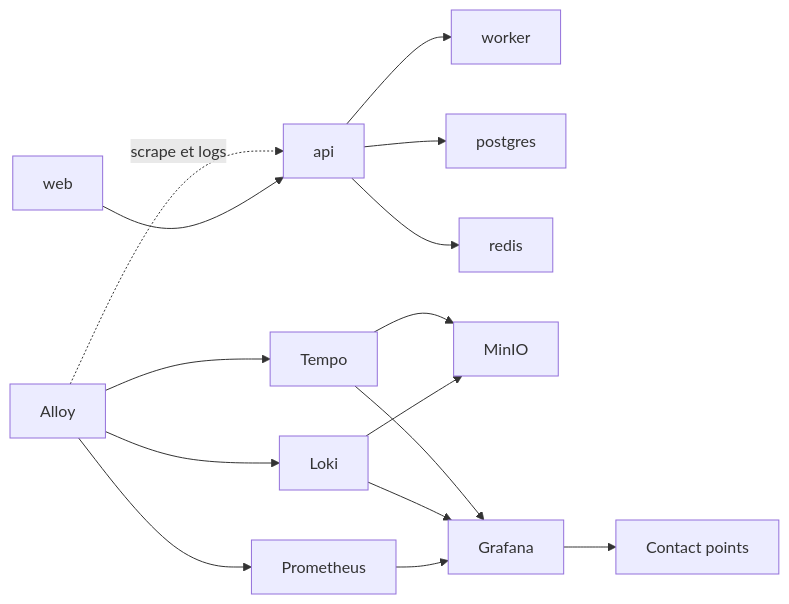
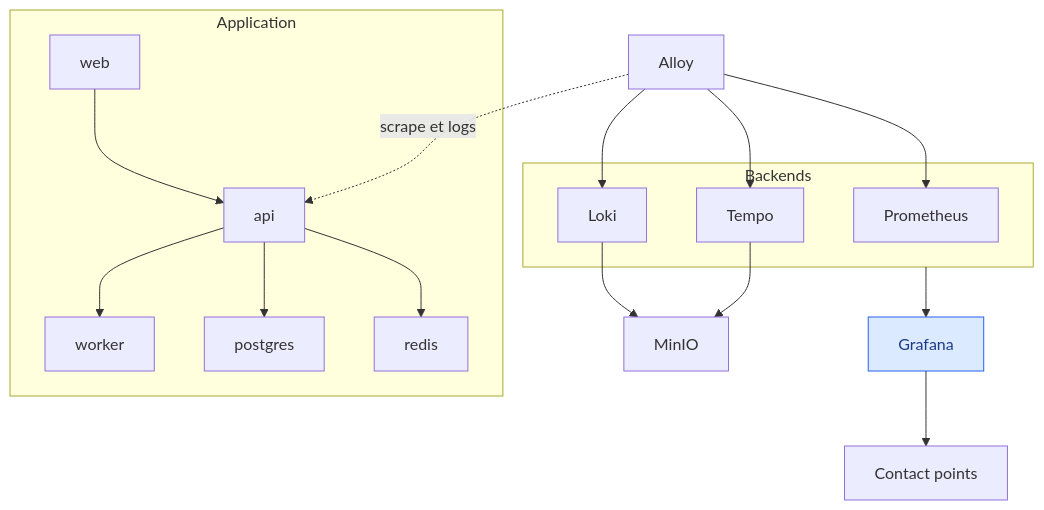
The first of 2 diagrams in courses/grafana/40_projet_final_production.md (Gooseppr/GevOps_LC), drawn with Mermaid before and after one commit. The commit also changed 56 other files, not shown here.

````diff
--- a/courses/grafana/40_projet_final_production.md
+++ b/courses/grafana/40_projet_final_production.md
@@ -71,17 +71,23 @@
 ```mermaid
-flowchart LR
-    W[web] --> A[api]
-    A --> K[worker]
-    A --> PG[postgres]
-    A --> RD[redis]
+flowchart TD
+    subgraph APP["Application"]
+        W[web] --> A[api]
+        A --> K[worker]
+        A --> PG[postgres]
+        A --> RD[redis]
+    end
     AL[Alloy] -.->|scrape et logs| A
-    AL --> P[Prometheus]
-    AL --> L[Loki]
-    AL --> T[Tempo]
+    subgraph BACK["Backends"]
+        P[Prometheus]
+        L[Loki]
+        T[Tempo]
+    end
+    AL --> P
+    AL --> L
+    AL --> T
     L --> M[MinIO]
     T --> M
-    P --> G[Grafana]
-    L --> G
-    T --> G
+    BACK --> G[Grafana]
     G --> N[Contact points]
+    style G fill:#dbeafe,stroke:#2563eb,color:#1e3a8a
 ```
````
